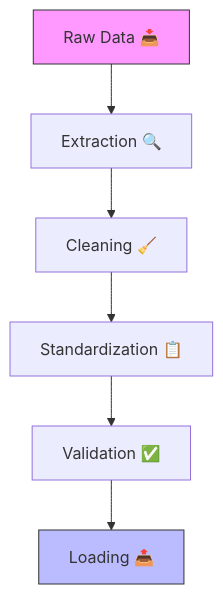
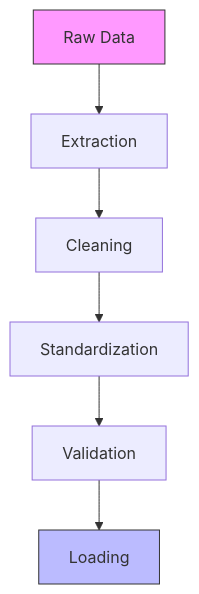
The diagram in 03-data-preparation.qmd (TheDataShrink/fisheries_project), drawn with Mermaid before and after one commit. The commit also changed 22 other files, not shown here.

````diff
--- a/03-data-preparation.qmd
+++ b/03-data-preparation.qmd
@@ -9,10 +9,10 @@
 ```{mermaid}
 graph TD
-    A[Raw Data 📥] --> B[Extraction 🔍]
-    B --> C[Cleaning 🧹]
-    C --> D[Standardization 📋]
-    D --> E[Validation ✅]
-    E --> F[Loading 📤]
+    A[Raw Data] --> B[Extraction]
+    B --> C[Cleaning]
+    C --> D[Standardization]
+    D --> E[Validation]
+    E --> F[Loading]
     style A fill:#f9f,stroke:#333
     style F fill:#bbf,stroke:#333
 ```
````
